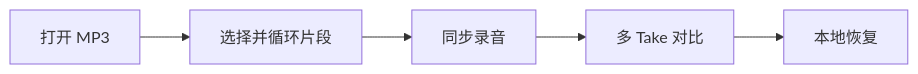
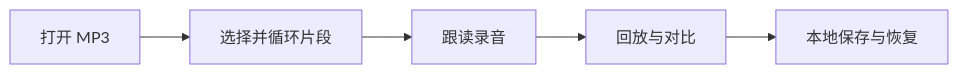
The first of 2 diagrams in README.md (hedon954/shadowing), drawn with Mermaid before and after one commit. The commit also changed other lines of this file, not shown here.

````diff
--- a/README.md
+++ b/README.md
@@ -9,7 +9,7 @@
 ```mermaid
 flowchart LR
   A[打开 MP3] --> B[选择并循环片段]
-  B --> C[同步录音]
-  C --> D[多 Take 对比]
-  D --> E[本地恢复]
+  B --> C[跟读录音]
+  C --> D[回放与对比]
+  D --> E[本地保存与恢复]
 ```
````
